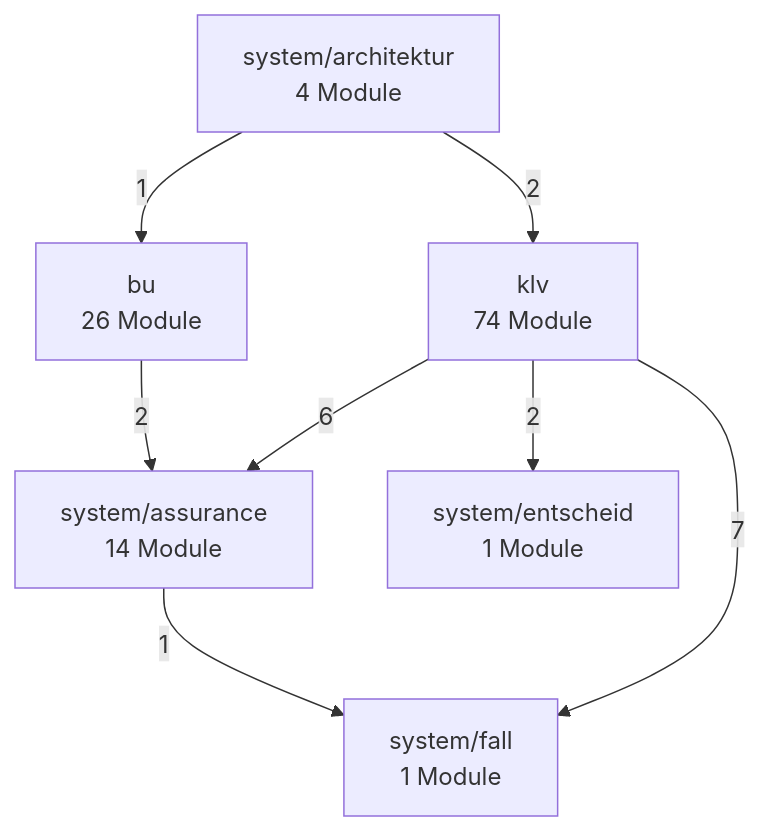
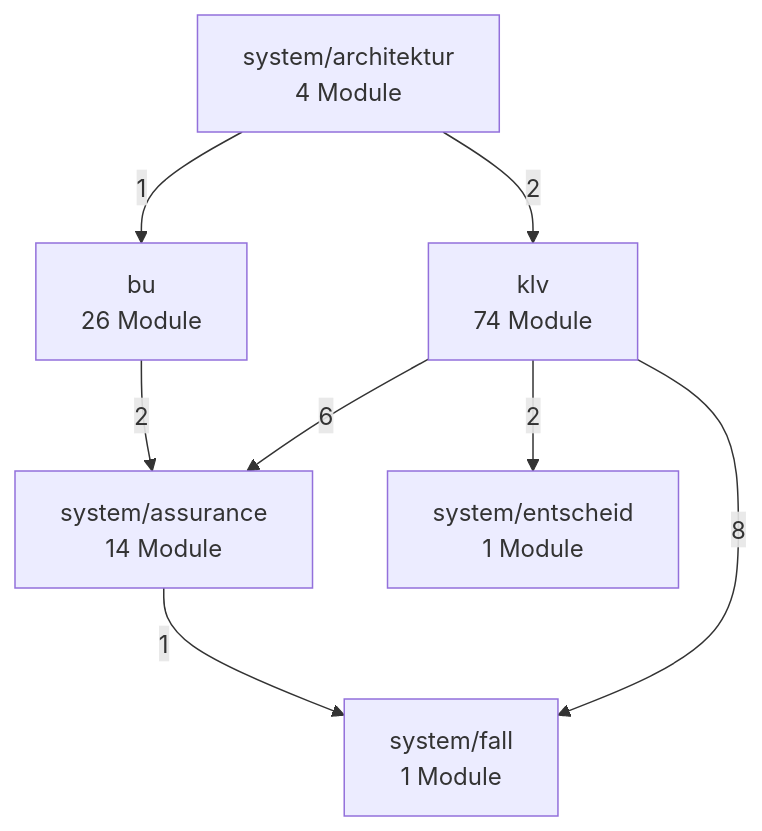
The second of 3 diagrams in docs/architektur/landkarte.md (bartlmac/rechner-pipeline), drawn with Mermaid before and after one commit. The commit also changed other lines of this file and 7 other files, not shown here.

````diff
--- a/docs/architektur/landkarte.md
+++ b/docs/architektur/landkarte.md
@@ -74,17 +74,17 @@
 ```mermaid
 %% Fachknoten — erzeugt von ontologie.landkarte
 flowchart TD
     bu["bu<br/>26 Module"]
     klv["klv<br/>74 Module"]
     system_architektur["system/architektur<br/>4 Module"]
     system_assurance["system/assurance<br/>14 Module"]
     system_entscheid["system/entscheid<br/>1 Module"]
     system_fall["system/fall<br/>1 Module"]
     bu -- 2 --> system_assurance
     klv -- 6 --> system_assurance
     klv -- 2 --> system_entscheid
-    klv -- 7 --> system_fall
+    klv -- 8 --> system_fall
     system_architektur -- 1 --> bu
     system_architektur -- 2 --> klv
     system_assurance -- 1 --> system_fall
 ```
````
